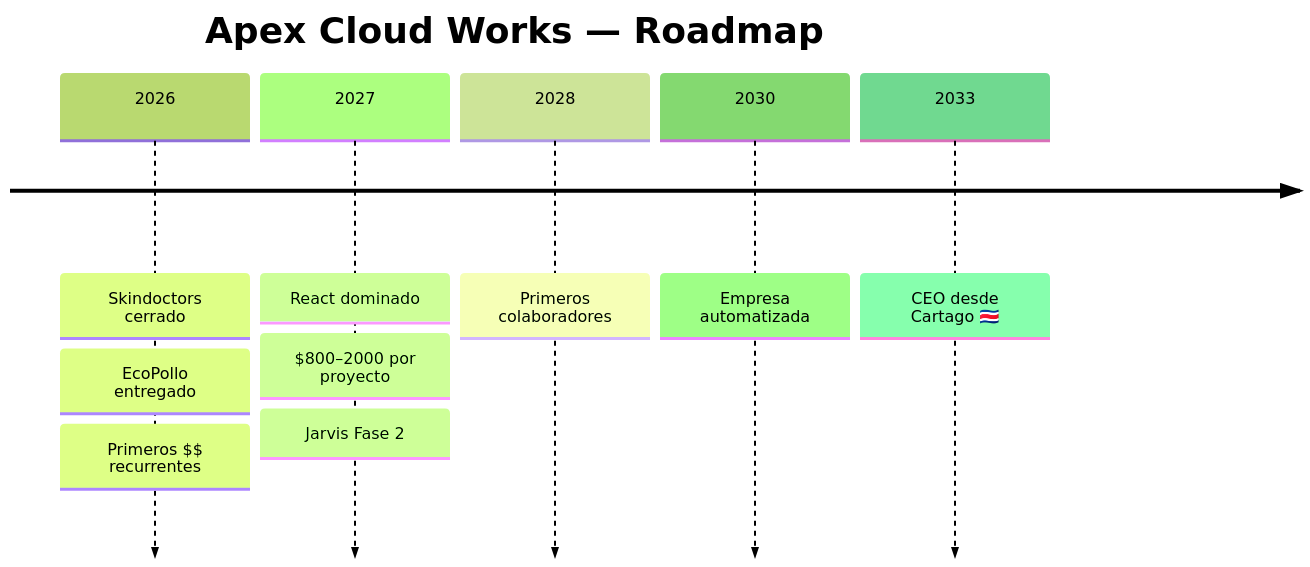
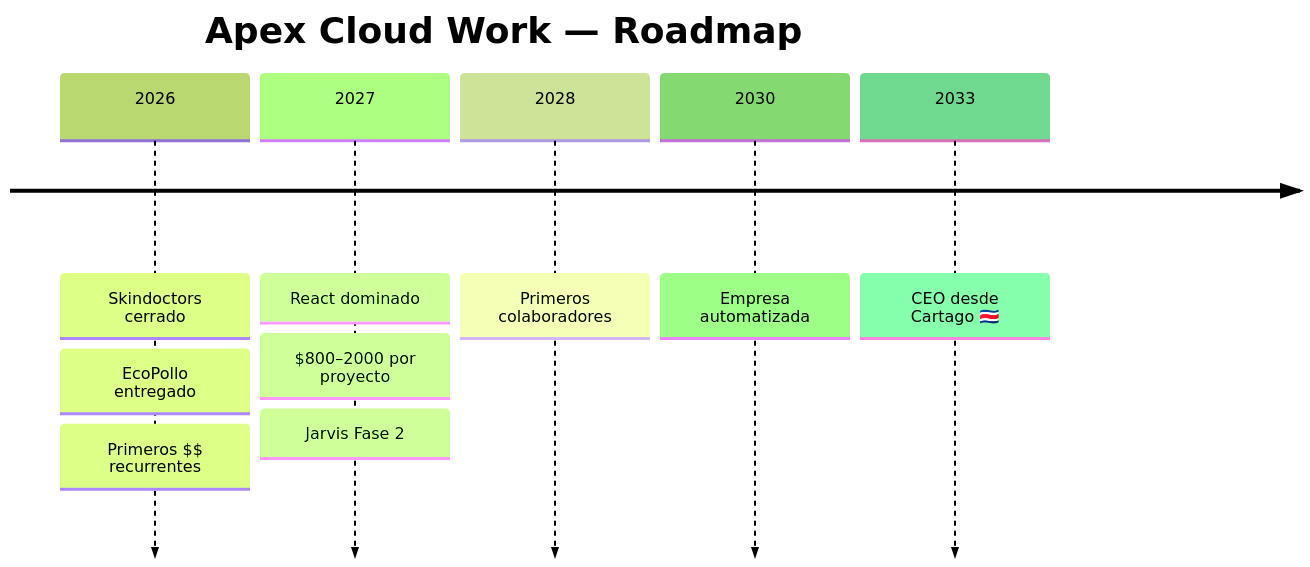
Before and after one commit to DeprivedVisit/atlanteksystems-admin: the seventh of 7 diagrams in Obsidian/Flujos Apex.md, drawn with Mermaid (forest theme). The commit also changed 51 other files, not shown here.

First line of the commit message:
docs: renombrar Apex Cloud Works -> Apex Cloud Work + endurecer .gitignore

````diff
--- a/Obsidian/Flujos Apex.md
+++ b/Obsidian/Flujos Apex.md
@@ -159,13 +159,13 @@
 ```mermaid
 timeline
-    title Apex Cloud Works — Roadmap
+    title Apex Cloud Work — Roadmap
     2026 : Skindoctors cerrado
          : EcoPollo entregado
          : Primeros $$ recurrentes
     2027 : React dominado
          : $800–2000 por proyecto
          : Jarvis Fase 2
     2028 : Primeros colaboradores
     2030 : Empresa automatizada
     2033 : CEO desde Cartago 🇨🇷
 ```
````
